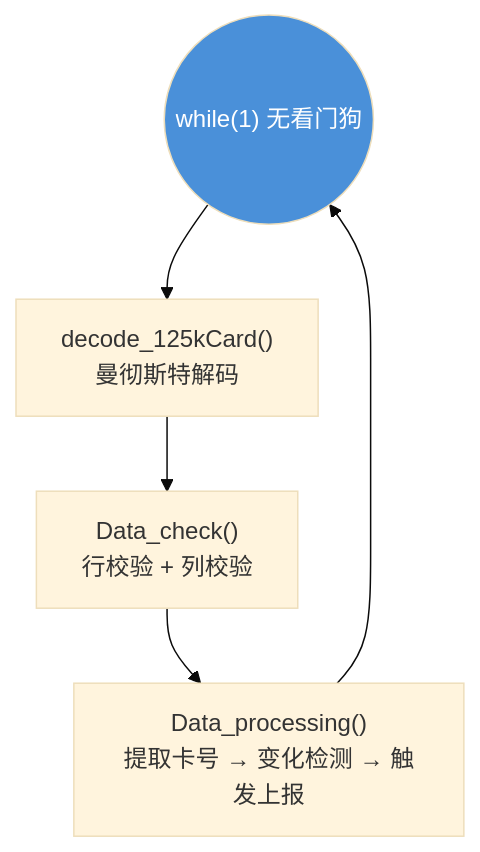
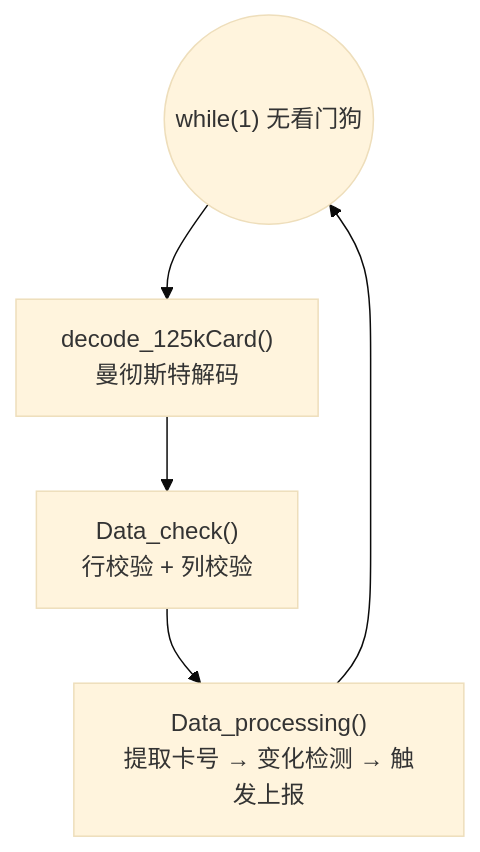
Before and after one commit to Siaiai/ObsidianNote: the second of 6 diagrams in 工作/SR3读卡器/260802SR2读卡器行为.md, drawn with Mermaid (base theme). The commit also changed other lines of this file and 3 other files, not shown here.

````diff
--- a/工作/SR3读卡器/260802SR2读卡器行为.md
+++ b/工作/SR3读卡器/260802SR2读卡器行为.md
@@ -66,9 +79,7 @@
 ```mermaid
 flowchart TD
     Loop(("while(1) 无看门狗")) --> Decode["decode_125kCard()<br/>曼彻斯特解码"]
     Decode --> Check["Data_check()<br/>行校验 + 列校验"]
     Check --> Process["Data_processing()<br/>提取卡号 → 变化检测 → 触发上报"]
     Process --> Loop
-
-    style Loop fill:#4A90D9,color:#fff
 ```
````
